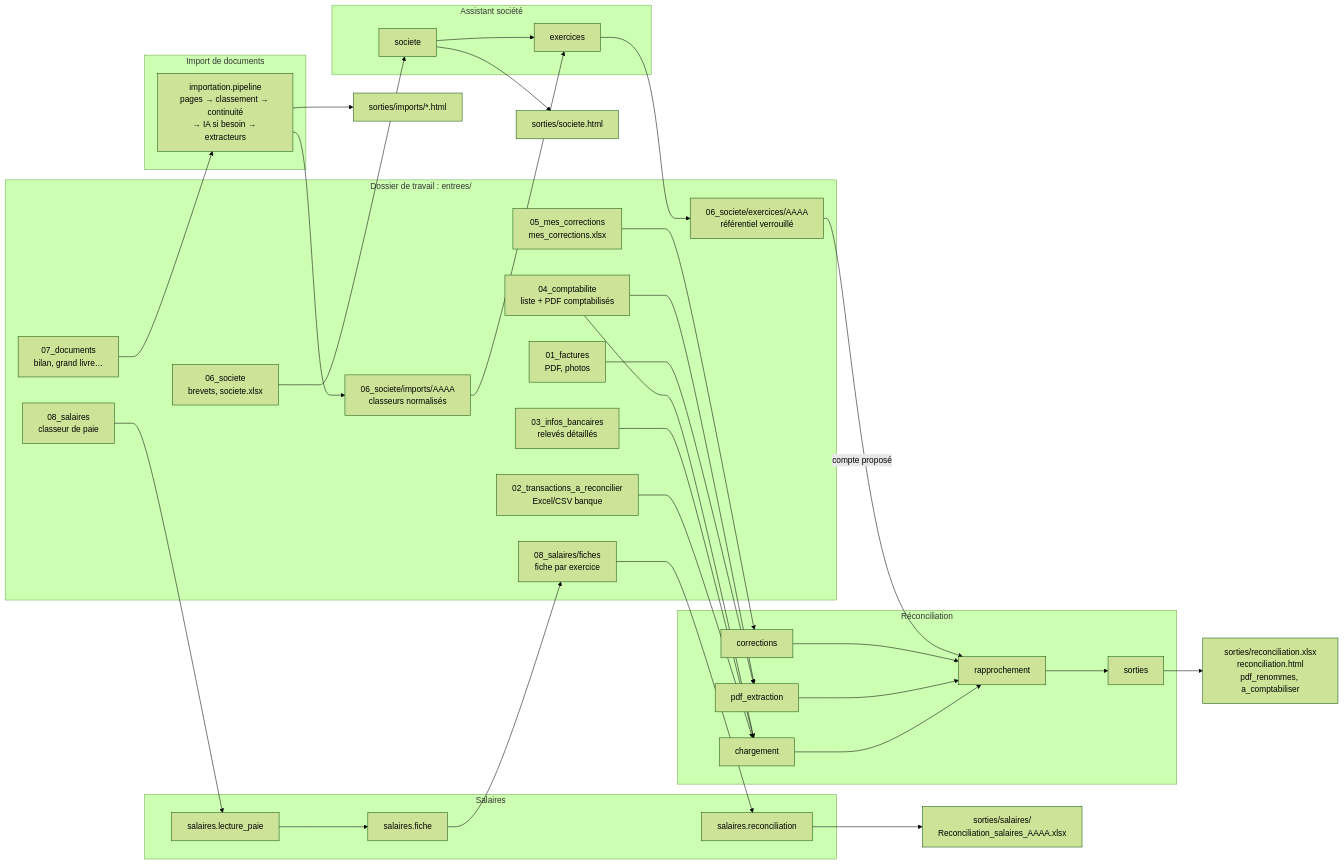
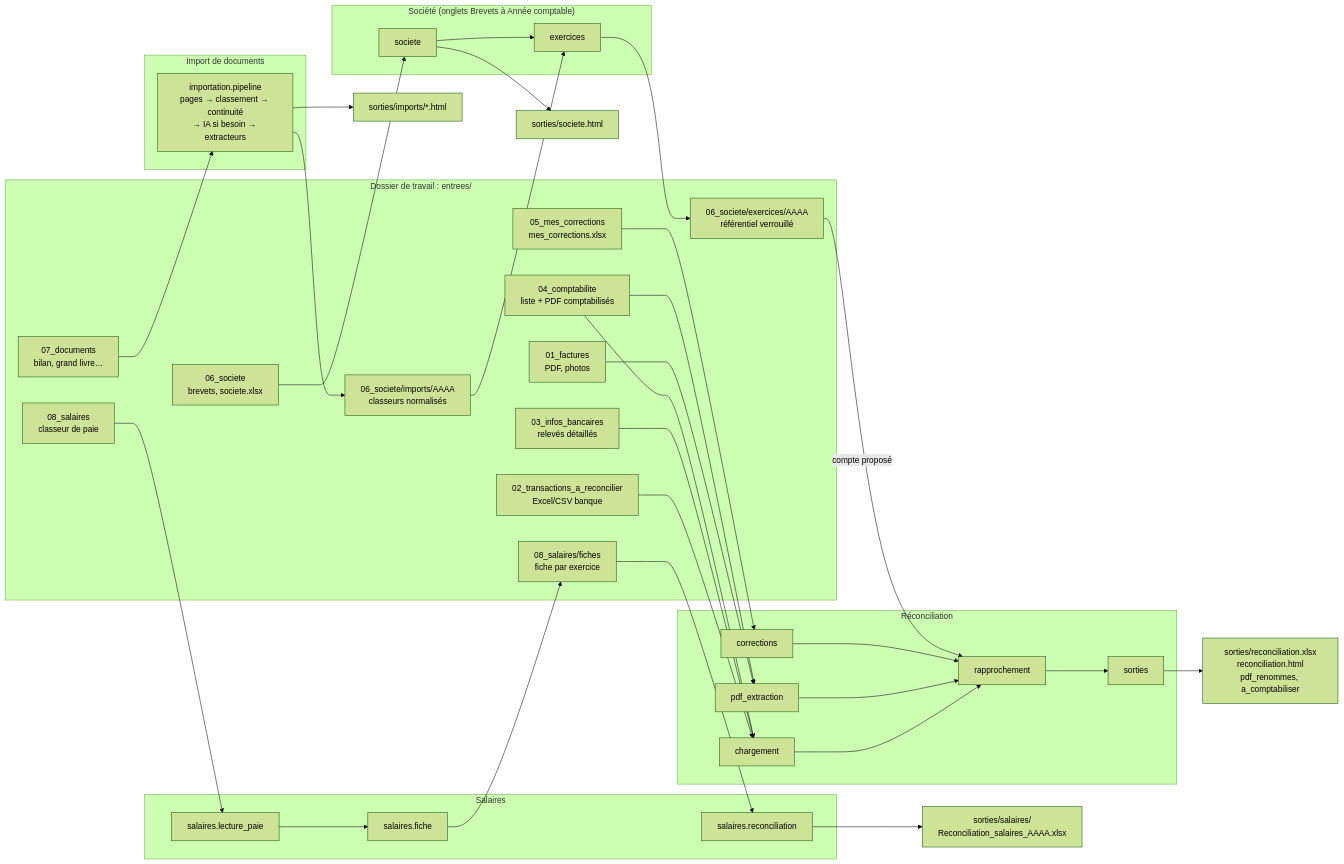
One commit to vsantacroce/Reconsigliere changed the diagram in docs/README.md. Above: the diagram before and after it, drawn with Mermaid (forest theme). The commit also changed other lines of this file and 10 other files, not shown here.

````diff
--- a/docs/README.md
+++ b/docs/README.md
@@ -31,68 +32,68 @@
 ```mermaid
 flowchart LR
   subgraph entrees["Dossier de travail : entrees/"]
     F01["01_factures<br/>PDF, photos"]
     F02["02_transactions_a_reconcilier<br/>Excel/CSV banque"]
     F03["03_infos_bancaires<br/>relevés détaillés"]
     F04["04_comptabilite<br/>liste + PDF comptabilisés"]
     F05["05_mes_corrections<br/>mes_corrections.xlsx"]
     F06["06_societe<br/>brevets, societe.xlsx"]
     F07["07_documents<br/>bilan, grand livre…"]
     F08["08_salaires<br/>classeur de paie"]
     FIC["08_salaires/fiches<br/>fiche par exercice"]
     IMP["06_societe/imports/AAAA<br/>classeurs normalisés"]
     EXE["06_societe/exercices/AAAA<br/>référentiel verrouillé"]
   end
 
   subgraph reco["Réconciliation"]
     CH["chargement"]
     PE["pdf_extraction"]
     CO["corrections"]
     RA["rapprochement"]
     SO["sorties"]
   end
 
   subgraph import["Import de documents"]
     PI["importation.pipeline<br/>pages → classement → continuité<br/>→ IA si besoin → extracteurs"]
   end
 
   subgraph sal["Salaires"]
     LP["salaires.lecture_paie"]
     FI["salaires.fiche"]
     RS["salaires.reconciliation"]
   end
 
-  subgraph assistant["Assistant société"]
+  subgraph assistant["Société (onglets Brevets à Année comptable)"]
     SOC["societe"]
     EX["exercices"]
   end
 
   F02 --> CH
   F03 --> CH
   F04 --> CH
   F01 --> PE
   F04 --> PE
   F05 --> CO
   CH --> RA
   PE --> RA
   CO --> RA
   EXE -- "compte proposé" --> RA
   RA --> SO
   SO --> OUT1["sorties/reconciliation.xlsx<br/>reconciliation.html<br/>pdf_renommes, a_comptabiliser"]
 
   F07 --> PI
   PI --> IMP
   PI --> OUT2["sorties/imports/*.html"]
 
   F06 --> SOC
   SOC --> OUT3["sorties/societe.html"]
   SOC --> EX
   IMP --> EX
   EX --> EXE
 
   F08 --> LP
   LP --> FI
   FI --> FIC
   FIC --> RS
   RS --> OUT4["sorties/salaires/<br/>Reconciliation_salaires_AAAA.xlsx"]
 ```
````
